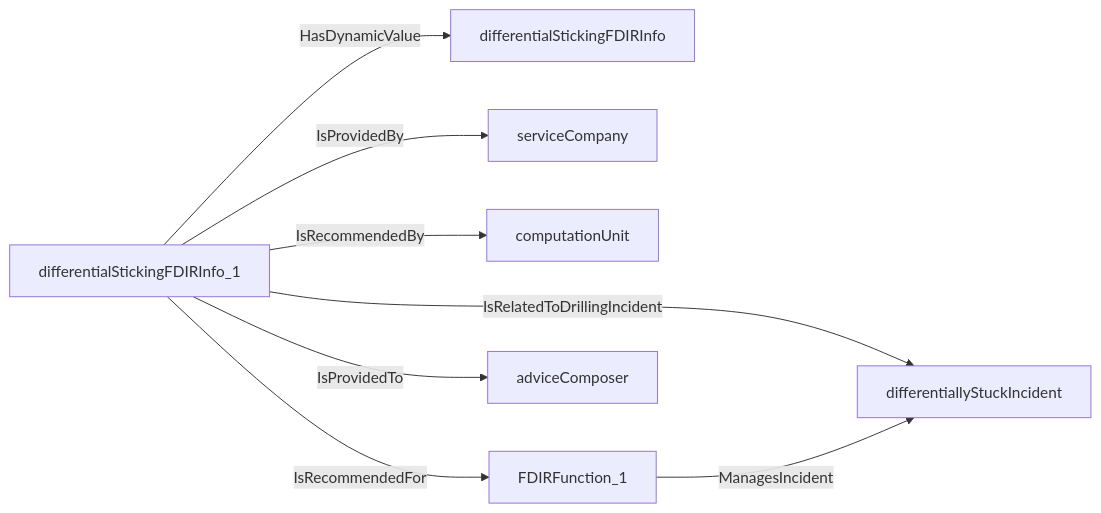
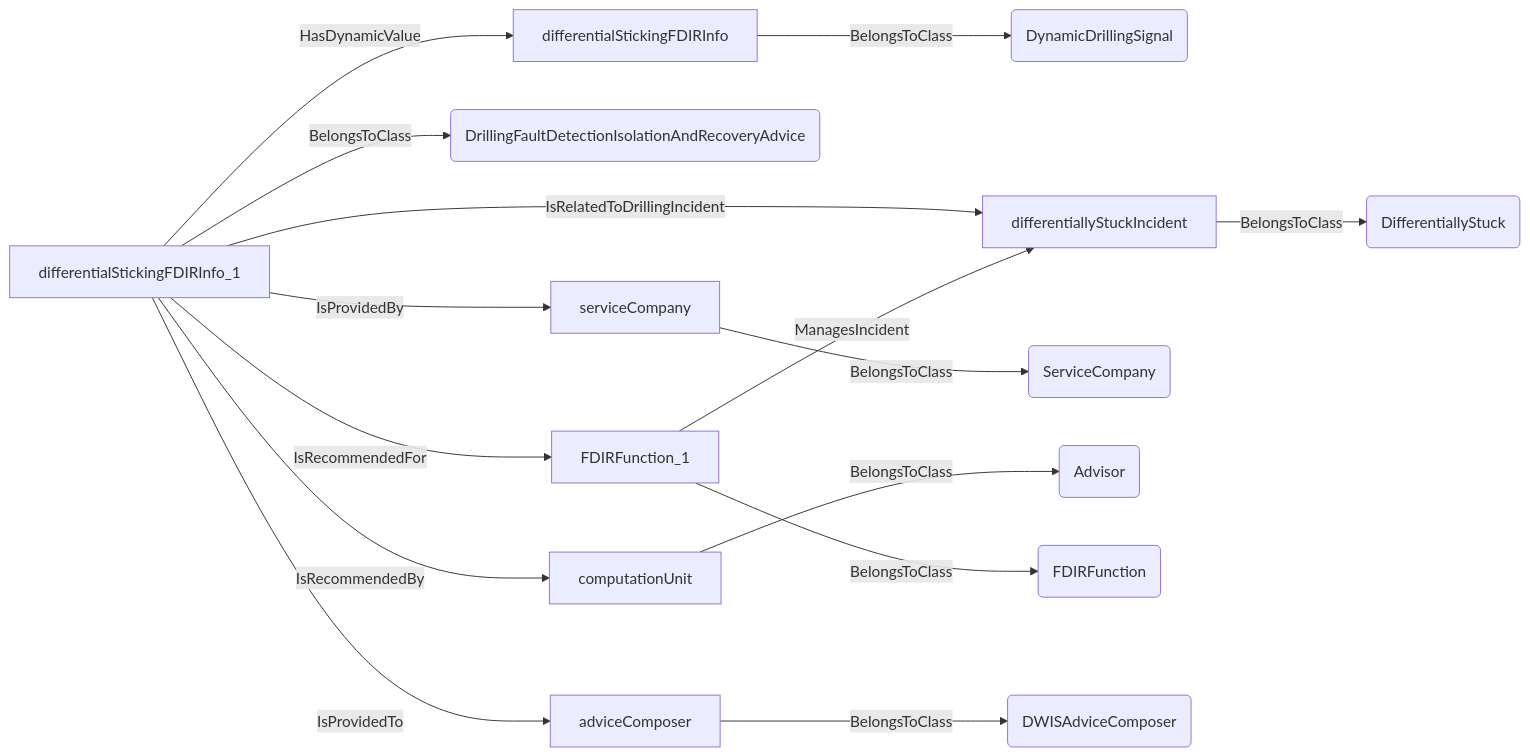
One commit to D-WIS/DDHub-Semantic-Interoperability changed the ninth of 17 diagrams in docs/vocabulary_development/auto-generated/md/definition-files/DrillingIncident.md. Above: the diagram before and after it, drawn with Mermaid. The commit also changed other lines of this file and 14 other files, not shown here.

````diff
--- a/docs/vocabulary_development/auto-generated/md/definition-files/DrillingIncident.md
+++ b/docs/vocabulary_development/auto-generated/md/definition-files/DrillingIncident.md
@@ -484,10 +582,17 @@
 ```mermaid
 graph LR
-	N0000[differentialStickingFDIRInfo_1] -->|HasDynamicValue| N0001[differentialStickingFDIRInfo] 
-	N0000[differentialStickingFDIRInfo_1] -->|IsRelatedToDrillingIncident| N0002[differentiallyStuckIncident] 
-	N0000[differentialStickingFDIRInfo_1] -->|IsProvidedBy| N0003[serviceCompany] 
-	N0000[differentialStickingFDIRInfo_1] -->|IsRecommendedBy| N0004[computationUnit] 
-	N0005[FDIRFunction_1] -->|ManagesIncident| N0002[differentiallyStuckIncident] 
-	N0000[differentialStickingFDIRInfo_1] -->|IsRecommendedFor| N0005[FDIRFunction_1] 
-	N0000[differentialStickingFDIRInfo_1] -->|IsProvidedTo| N0006[adviceComposer] 
+	N0000[differentialStickingFDIRInfo] -->|BelongsToClass| N0001(DynamicDrillingSignal) 
+	N0002[differentialStickingFDIRInfo_1] -->|BelongsToClass| N0003(DrillingFaultDetectionIsolationAndRecoveryAdvice) 
+	N0002[differentialStickingFDIRInfo_1] -->|HasDynamicValue| N0000[differentialStickingFDIRInfo] 
+	N0004[differentiallyStuckIncident] -->|BelongsToClass| N0005(DifferentiallyStuck) 
+	N0002[differentialStickingFDIRInfo_1] -->|IsRelatedToDrillingIncident| N0004[differentiallyStuckIncident] 
+	N0006[serviceCompany] -->|BelongsToClass| N0007(ServiceCompany) 
+	N0002[differentialStickingFDIRInfo_1] -->|IsProvidedBy| N0006[serviceCompany] 
+	N0008[computationUnit] -->|BelongsToClass| N0009(Advisor) 
+	N0002[differentialStickingFDIRInfo_1] -->|IsRecommendedBy| N0008[computationUnit] 
+	N0010[FDIRFunction_1] -->|BelongsToClass| N0011(FDIRFunction) 
+	N0010[FDIRFunction_1] -->|ManagesIncident| N0004[differentiallyStuckIncident] 
+	N0002[differentialStickingFDIRInfo_1] -->|IsRecommendedFor| N0010[FDIRFunction_1] 
+	N0012[adviceComposer] -->|BelongsToClass| N0013(DWISAdviceComposer) 
+	N0002[differentialStickingFDIRInfo_1] -->|IsProvidedTo| N0012[adviceComposer] 
 ```
````
